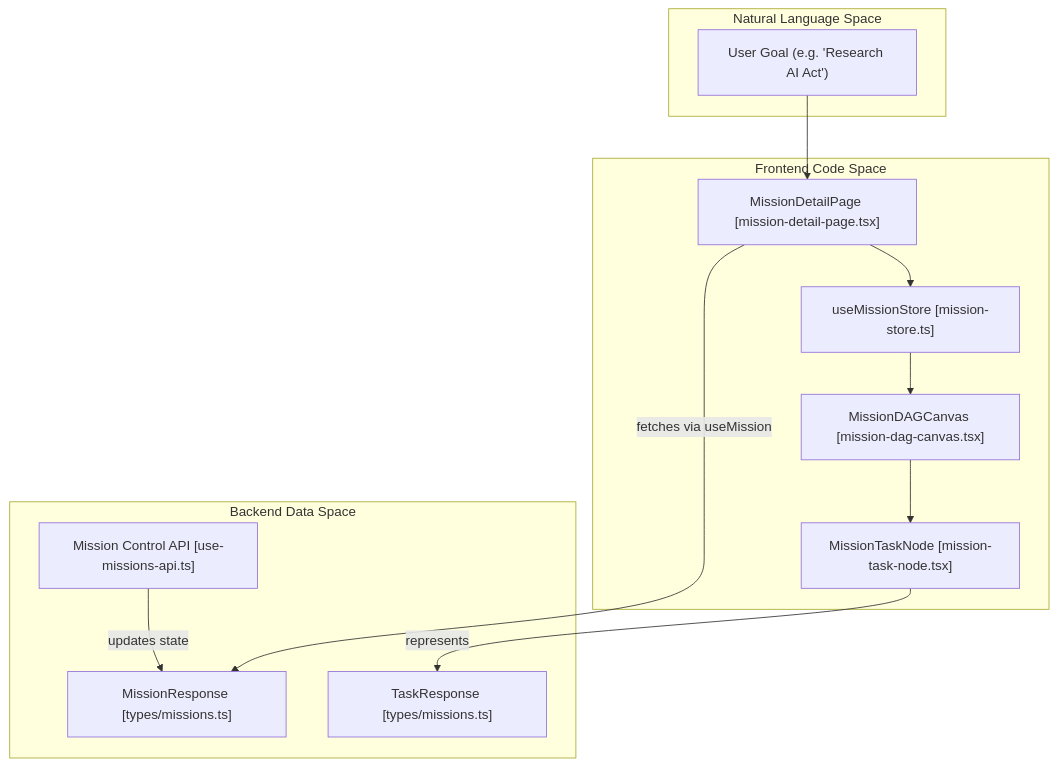
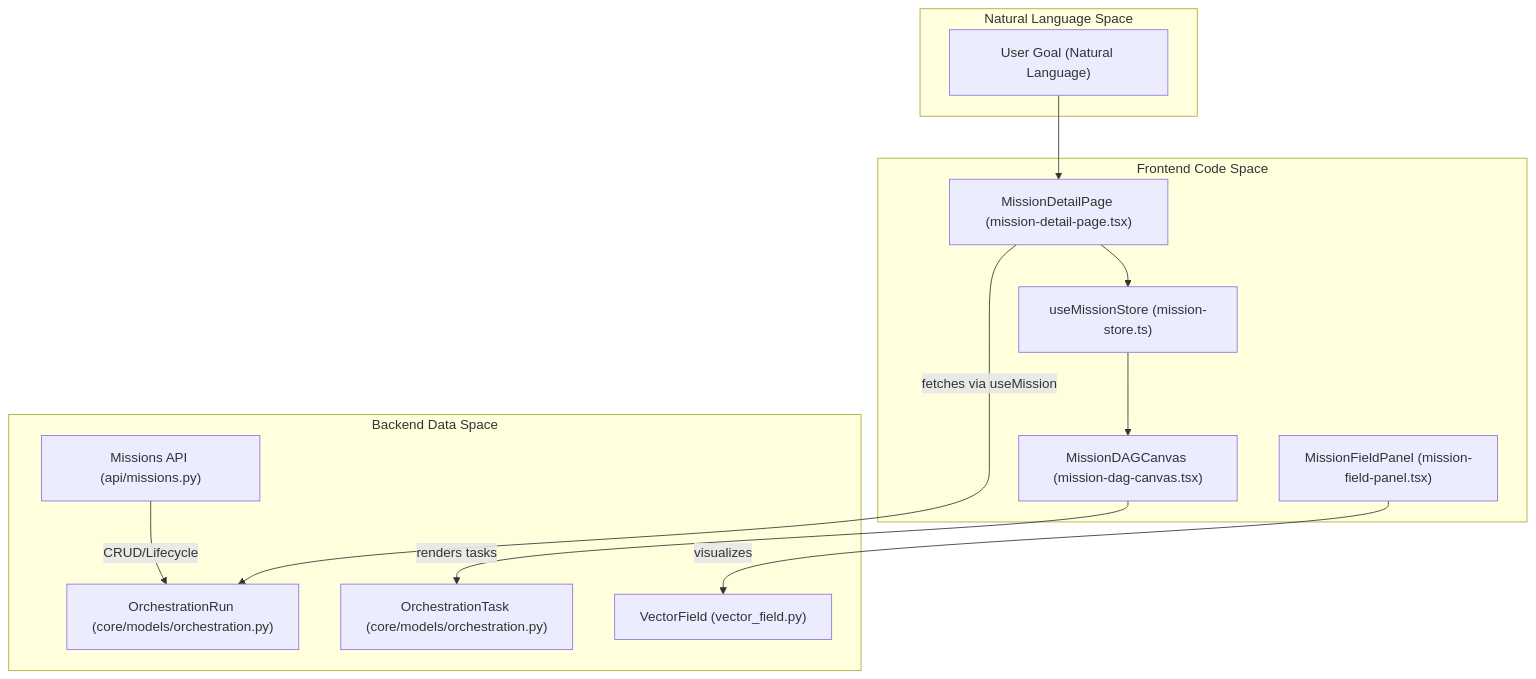
Before and after one commit to AutomatosAI/automatos-ai: the first of 2 diagrams in docs/missions-multi-agent-coordination/mission-ui-human-review.md, drawn with Mermaid. The commit also changed other lines of this file and 191 other files, not shown here.

````diff
--- a/docs/missions-multi-agent-coordination/mission-ui-human-review.md
+++ b/docs/missions-multi-agent-coordination/mission-ui-human-review.md
@@ -81,27 +107,28 @@
 ```mermaid
 graph TD
     subgraph "Natural Language Space"
-        Goal["User Goal (e.g. 'Research AI Act')"]
+        Goal["User Goal (Natural Language)"]
     end
 
     subgraph "Frontend Code Space"
-        MDP["MissionDetailPage [mission-detail-page.tsx]"]
-        MDC["MissionDAGCanvas [mission-dag-canvas.tsx]"]
-        MTN["MissionTaskNode [mission-task-node.tsx]"]
-        MS["useMissionStore [mission-store.ts]"]
+        MDP["MissionDetailPage (mission-detail-page.tsx)"]
+        MDC["MissionDAGCanvas (mission-dag-canvas.tsx)"]
+        MFP["MissionFieldPanel (mission-field-panel.tsx)"]
+        MS["useMissionStore (mission-store.ts)"]
     end
 
     subgraph "Backend Data Space"
-        OR["MissionResponse [types/missions.ts]"]
-        OT["TaskResponse [types/missions.ts]"]
-        API["Mission Control API [use-missions-api.ts]"]
+        OR["OrchestrationRun (core/models/orchestration.py)"]
+        OT["OrchestrationTask (core/models/orchestration.py)"]
+        API["Missions API (api/missions.py)"]
+        VF["VectorField (vector_field.py)"]
     end
 
     Goal --> MDP
     MDP --> MS
     MS --> MDC
-    MDC --> MTN
     MDP -- "fetches via useMission" --> OR
-    MTN -- "represents" --> OT
-    API -- "updates state" --> OR
+    MDC -- "renders tasks" --> OT
+    MFP -- "visualizes" --> VF
+    API -- "CRUD/Lifecycle" --> OR
 ```
````
